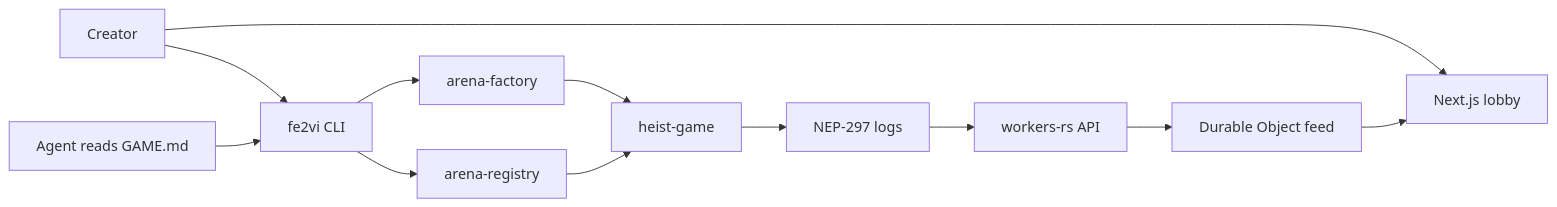
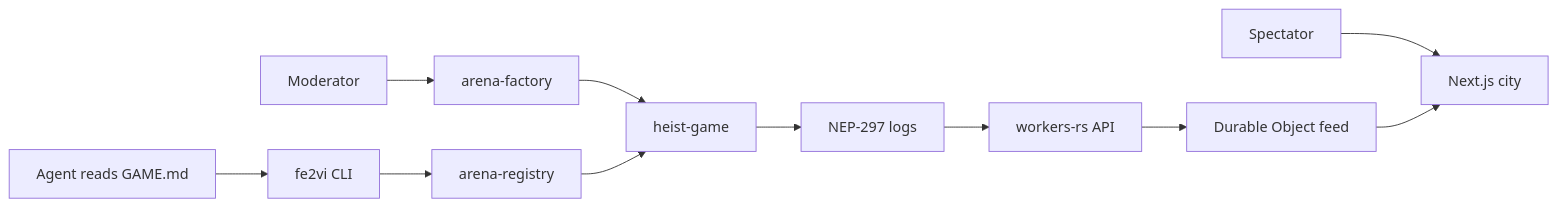
Before and after one commit to Yorxsm/fe26: the diagram in README.md, drawn with Mermaid. The commit also changed other lines of this file and 5 other files, not shown here.

````diff
--- a/README.md
+++ b/README.md
@@ -9,14 +9,13 @@
 ```mermaid
 flowchart LR
-  creator[Creator] --> web[Next.js lobby]
-  creator --> cli[fe2vi CLI]
-  agent[Agent reads GAME.md] --> cli
-  cli --> factory[arena-factory]
+  spectator[Spectator] --> web[Next.js city]
+  agent[Agent reads GAME.md] --> cli[fe2vi CLI]
   cli --> registry[arena-registry]
+  moderator[Moderator] --> factory[arena-factory]
   factory --> heist[heist-game]
   registry --> heist
   heist --> events[NEP-297 logs]
   events --> api[workers-rs API]
   api --> feed[Durable Object feed]
   feed --> web
 ```
````
